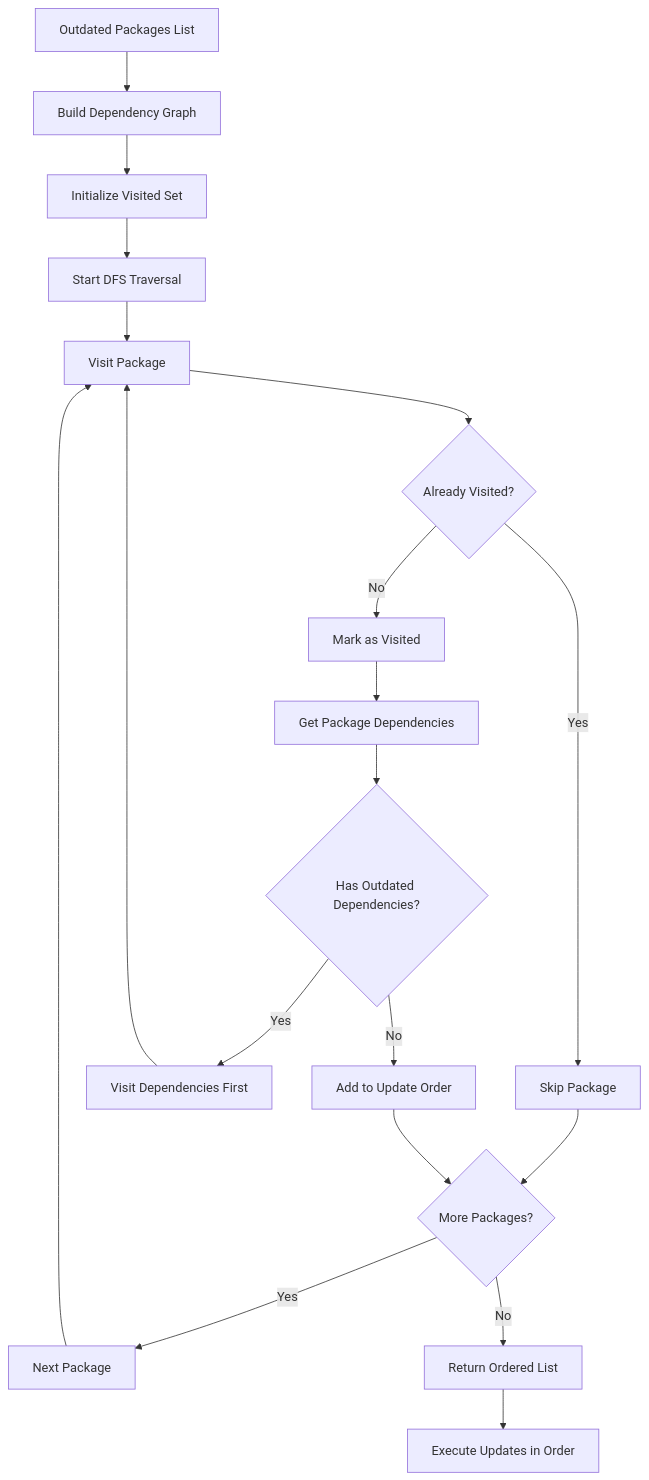
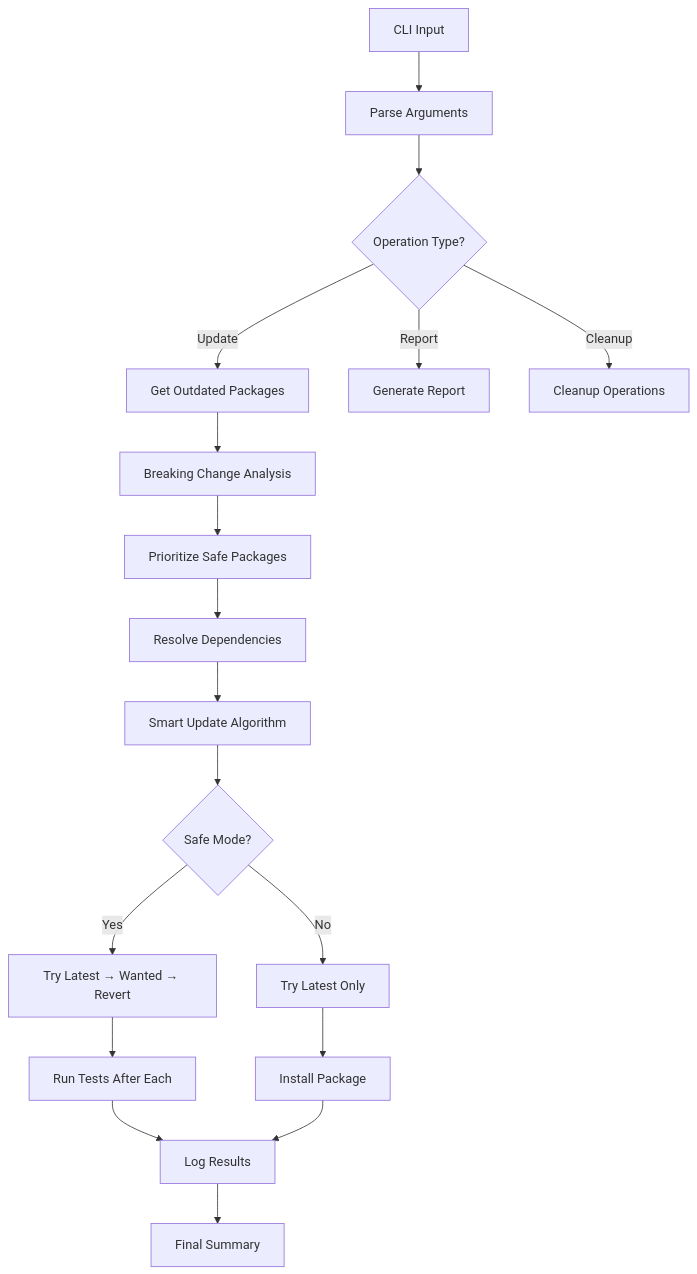
One commit to sthpratik/PackUpdate changed the first of 2 diagrams in docs/architecture.md. Above: the diagram before and after it, drawn with Mermaid. The commit also changed other lines of this file and 43 other files, not shown here.

Commit message:
Features added and algorithm updated to update based on dependency

````diff
--- a/docs/architecture.md
+++ b/docs/architecture.md
@@ -94,25 +129,23 @@
 ```mermaid
 graph TD
-    A[Outdated Packages List] --> B[Build Dependency Graph]
-    B --> C[Initialize Visited Set]
-    C --> D[Start DFS Traversal]
+    A[CLI Input] --> B[Parse Arguments]
+    B --> C{Operation Type?}
+    C -->|Update| D[Get Outdated Packages]
+    C -->|Report| E[Generate Report]
+    C -->|Cleanup| F[Cleanup Operations]
     
-    D --> E[Visit Package]
-    E --> F{Already Visited?}
-    F -->|Yes| G[Skip Package]
-    F -->|No| H[Mark as Visited]
+    D --> G[Breaking Change Analysis]
+    G --> H[Prioritize Safe Packages]
+    H --> I[Resolve Dependencies]
+    I --> J[Smart Update Algorithm]
     
-    H --> I[Get Package Dependencies]
-    I --> J{Has Outdated Dependencies?}
-    J -->|Yes| K[Visit Dependencies First]
-    J -->|No| L[Add to Update Order]
+    J --> K{Safe Mode?}
+    K -->|Yes| L[Try Latest → Wanted → Revert]
+    K -->|No| M[Try Latest Only]
     
-    K --> E
-    G --> M{More Packages?}
-    L --> M
-    M -->|Yes| N[Next Package]
-    M -->|No| O[Return Ordered List]
-    
-    N --> E
-    O --> P[Execute Updates in Order]
+    L --> N[Run Tests After Each]
+    M --> O[Install Package]
+    N --> P[Log Results]
+    O --> P
+    P --> Q[Final Summary]
 ```
````
